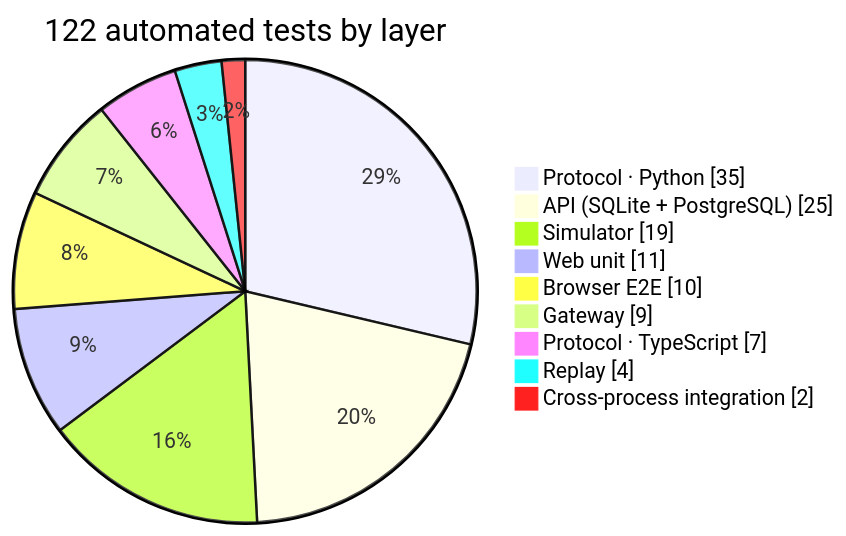
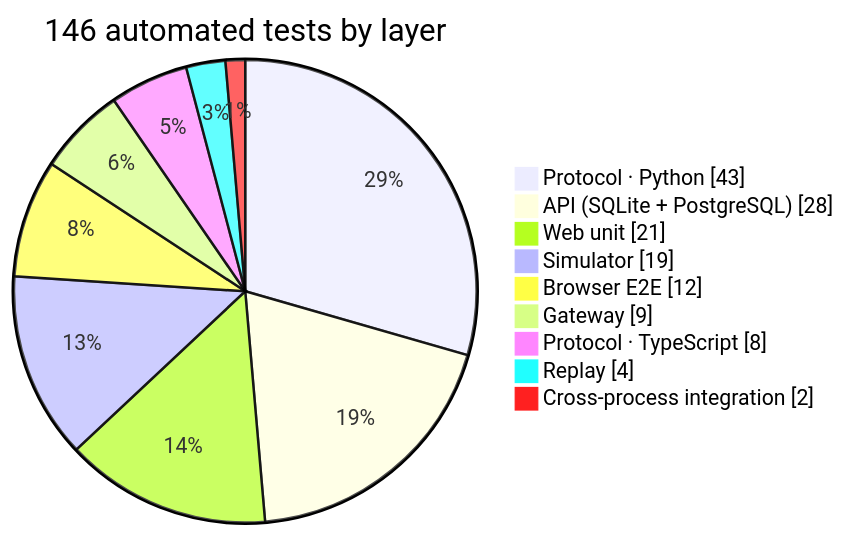
Diagram 13 of 13 in README.md (siddhaantxsingh/Mesp_platform), drawn with Mermaid before and after one commit. The commit also changed other lines of this file and 20 other files, not shown here.

````diff
--- a/README.md
+++ b/README.md
@@ -411,13 +411,13 @@
 ```mermaid
 pie showData
-    title 122 automated tests by layer
-    "Protocol · Python" : 35
-    "API (SQLite + PostgreSQL)" : 25
+    title 146 automated tests by layer
+    "Protocol · Python" : 43
+    "API (SQLite + PostgreSQL)" : 28
+    "Web unit" : 21
     "Simulator" : 19
-    "Web unit" : 11
-    "Browser E2E" : 10
+    "Browser E2E" : 12
     "Gateway" : 9
-    "Protocol · TypeScript" : 7
+    "Protocol · TypeScript" : 8
     "Replay" : 4
     "Cross-process integration" : 2
 ```
````
